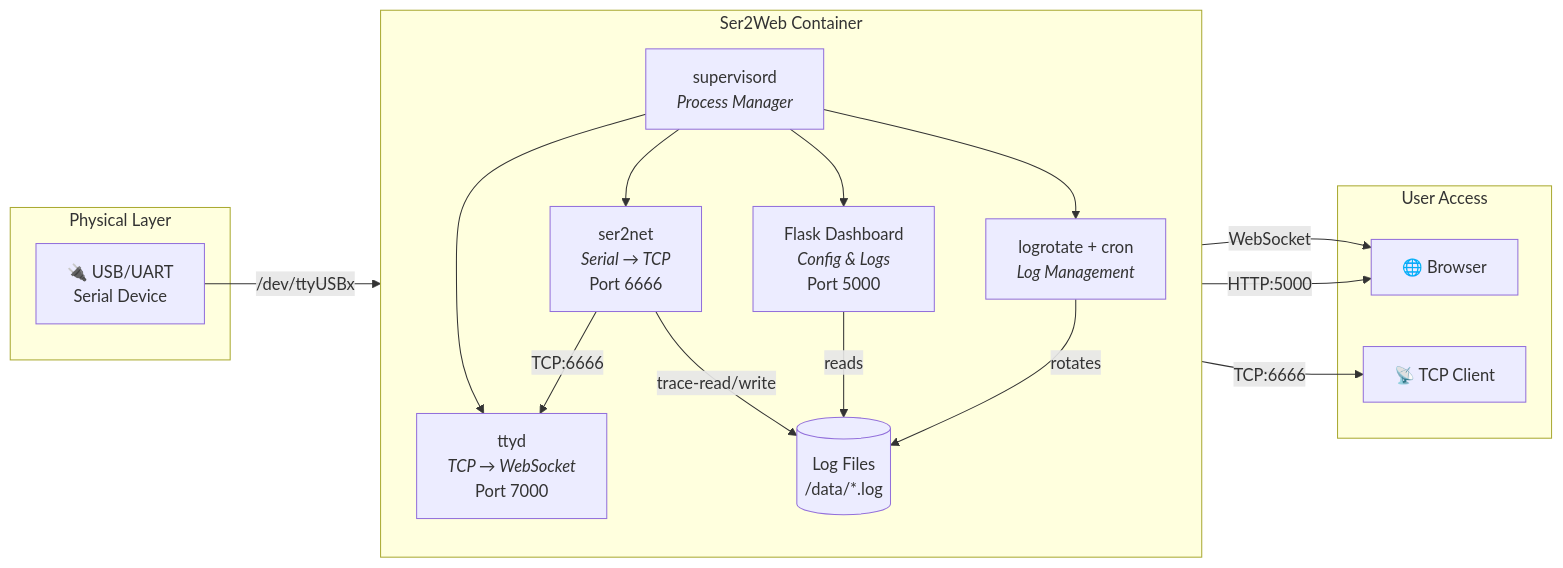
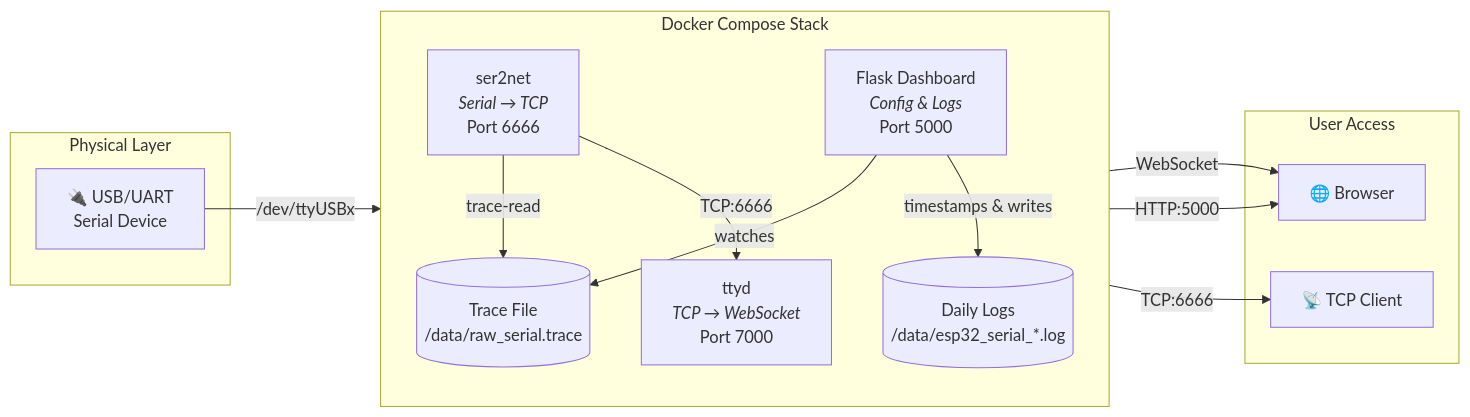
Before and after one commit to lorenzo-deluca/term-2-web: the diagram in README.md, drawn with Mermaid. The commit also changed other lines of this file and 4 other files, not shown here.

Commit message:
feat: refactor architecture to multi-container Docker Compose with timestamped daily logs and an interactive web terminal.

````diff
--- a/README.md
+++ b/README.md
@@ -31,37 +31,31 @@
 ```mermaid
 graph LR
     subgraph "Physical Layer"
         DEV["🔌 USB/UART<br>Serial Device"]
     end
 
-    subgraph "Ser2Web Container"
+    subgraph "Docker Compose Stack"
         direction TB
 
         SER2NET["ser2net<br><i>Serial → TCP</i><br>Port 6666"]
         TTYD["ttyd<br><i>TCP → WebSocket</i><br>Port 7000"]
         FLASK["Flask Dashboard<br><i>Config & Logs</i><br>Port 5000"]
-        SUPERVISOR["supervisord<br><i>Process Manager</i>"]
-        LOGROTATE["logrotate + cron<br><i>Log Management</i>"]
-        LOGS[("Log Files<br>/data/*.log")]
+        TRACE[("Trace File<br>/data/raw_serial.trace")]
+        LOGS[("Daily Logs<br>/data/esp32_serial_*.log")]
 
-        SUPERVISOR --> SER2NET
-        SUPERVISOR --> TTYD
-        SUPERVISOR --> FLASK
-        SUPERVISOR --> LOGROTATE
-
-        SER2NET -->|"trace-read/write"| LOGS
-        FLASK -->|"reads"| LOGS
-        LOGROTATE -->|"rotates"| LOGS
+        SER2NET -->|"trace-read"| TRACE
+        FLASK -->|"watches"| TRACE
+        FLASK -->|"timestamps & writes"| LOGS
     end
 
     subgraph "User Access"
         BROWSER["🌐 Browser"]
         TCP_CLIENT["📡 TCP Client"]
     end
 
     DEV -->|"/dev/ttyUSBx"| SER2NET
     SER2NET -->|"TCP:6666"| TTYD
     SER2NET -->|"TCP:6666"| TCP_CLIENT
     TTYD -->|"WebSocket"| BROWSER
     FLASK -->|"HTTP:5000"| BROWSER
 ```
````
